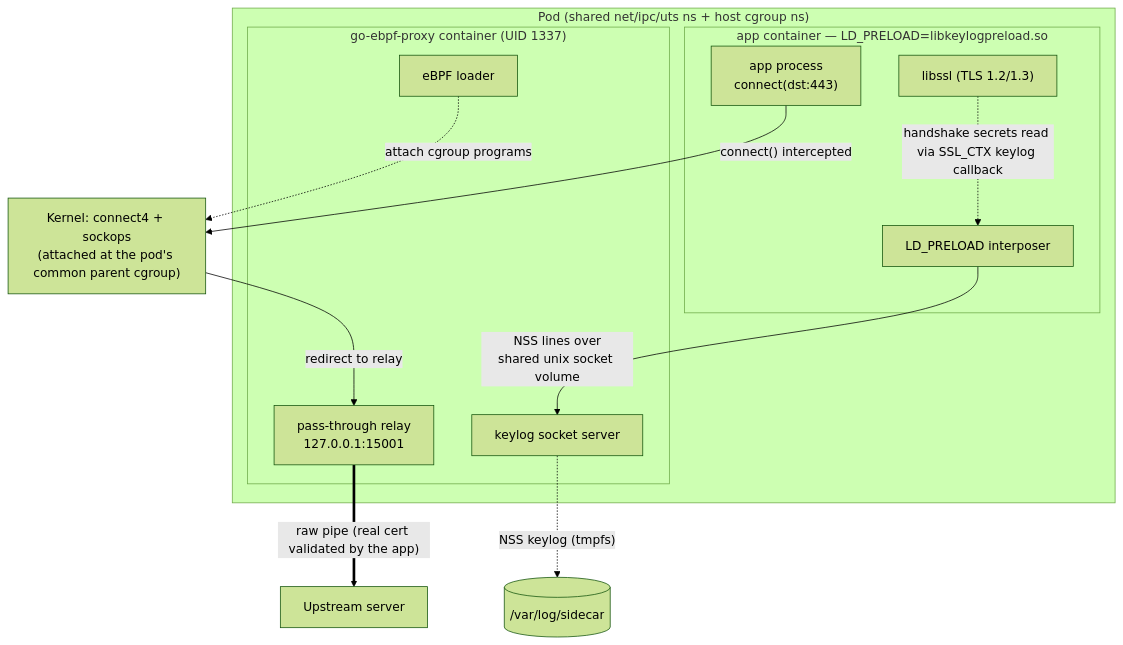
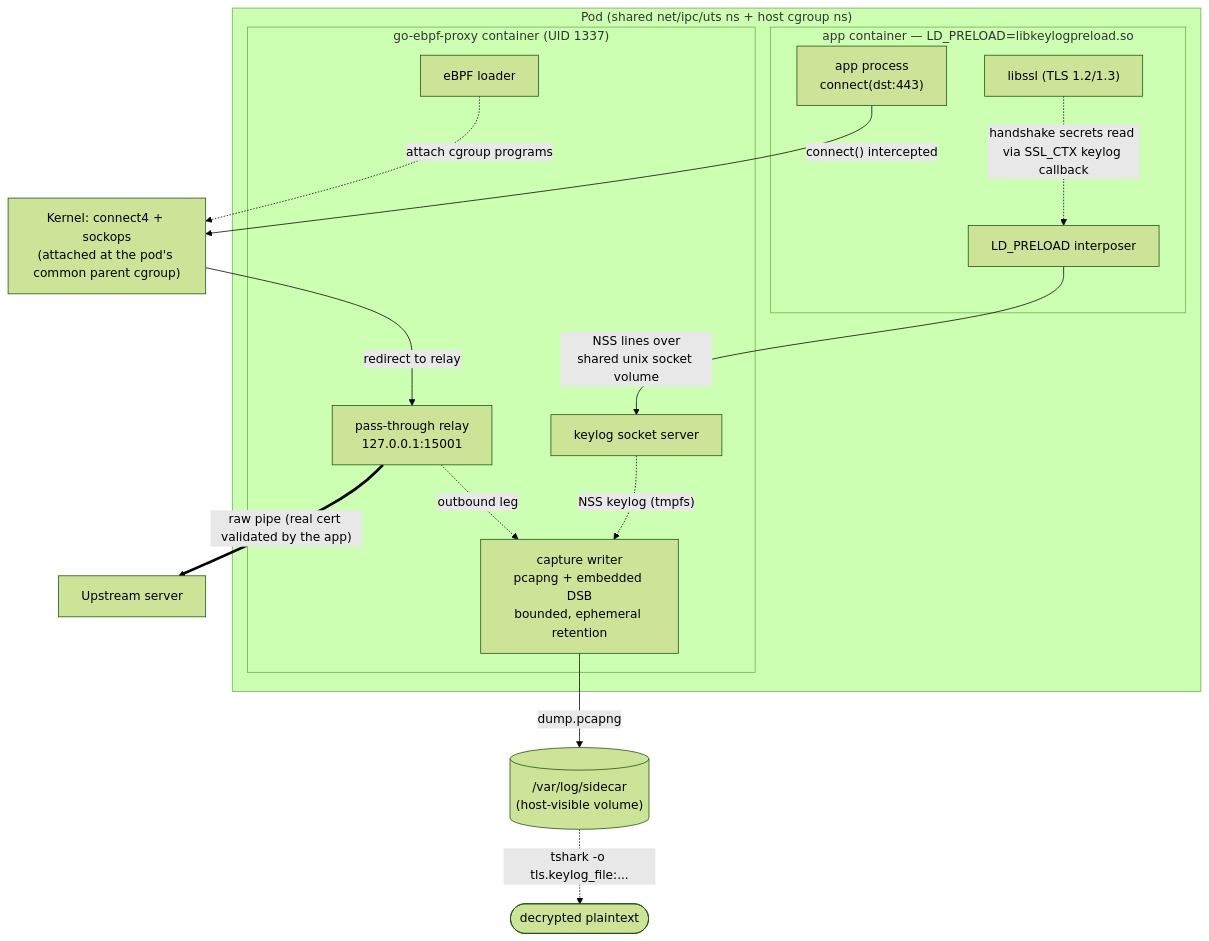
The second of 2 diagrams in README.md (mesbrj/GO-eBPF-Proxy), drawn with Mermaid (forest theme) before and after one commit. The commit also changed other lines of this file, not shown here.

First line of the commit message:
docs(readme): describe the delivered M3 capture/decrypt pipeline

````diff
--- a/README.md
+++ b/README.md
@@ -57,24 +68,28 @@
 ```mermaid
 flowchart TB
     subgraph pod["Pod (shared net/ipc/uts ns + host cgroup ns)"]
         subgraph appc["app container — LD_PRELOAD=libkeylogpreload.so"]
             app["app process<br/>connect(dst:443)"]
             libssl["libssl (TLS 1.2/1.3)"]
             interposer["LD_PRELOAD interposer"]
         end
         subgraph sidecar["go-ebpf-proxy container (UID 1337)"]
             loader["eBPF loader"]
             relay["pass-through relay<br/>127.0.0.1:15001"]
             keylog["keylog socket server"]
+            capture["capture writer<br/>pcapng + embedded DSB<br/>bounded, ephemeral retention"]
         end
     end
     kernel["Kernel: connect4 + sockops<br/>(attached at the pod's common parent cgroup)"]
 
     app -- "connect() intercepted" --> kernel
     kernel -- "redirect to relay" --> relay
     libssl -. "handshake secrets read via SSL_CTX keylog callback" .-> interposer
     interposer -- "NSS lines over<br/>shared unix socket volume" --> keylog
     loader -. "attach cgroup programs" .-> kernel
     relay == "raw pipe (real cert validated by the app)" ==> upstream["Upstream server"]
-    keylog -. "NSS keylog (tmpfs)" .-> disk[("/var/log/sidecar")]
+    relay -. "outbound leg" .-> capture
+    keylog -. "NSS keylog (tmpfs)" .-> capture
+    capture -- "dump.pcapng" --> disk[("/var/log/sidecar<br/>(host-visible volume)")]
+    disk -. "tshark -o tls.keylog_file:..." .-> decrypted(["decrypted plaintext"])
 ```
````
